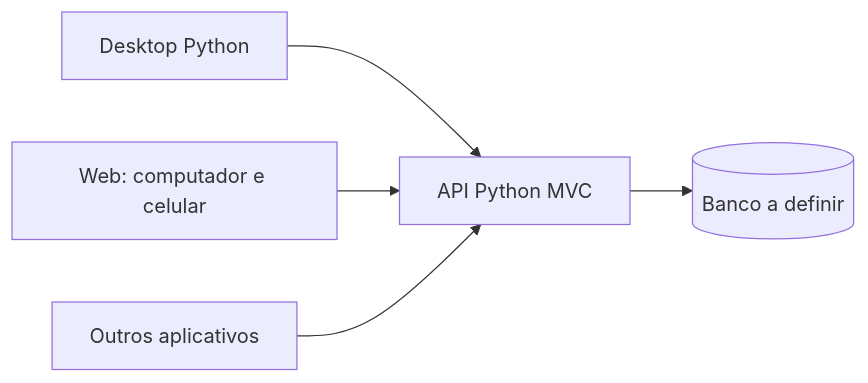
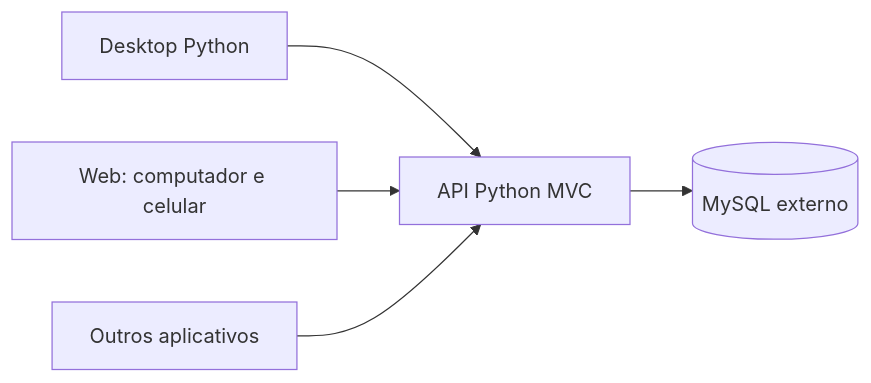
The first of 3 diagrams in README.md (MarcosKern/ProntuarioEdu-Hospitalar), drawn with Mermaid before and after one commit. The commit also changed other lines of this file and 9 other files, not shown here.

````diff
--- a/README.md
+++ b/README.md
@@ -11,7 +11,7 @@
 ```mermaid
 flowchart LR
     Desktop[Desktop Python] --> API[API Python MVC]
     Web[Web: computador e celular] --> API
     Apps[Outros aplicativos] --> API
-    API --> Banco[(Banco a definir)]
+    API --> Banco[(MySQL externo)]
 ```
````
